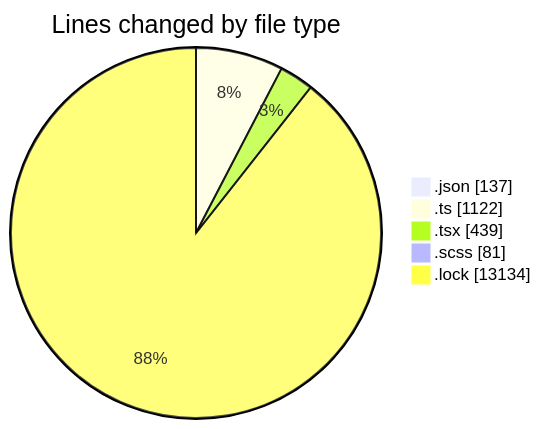
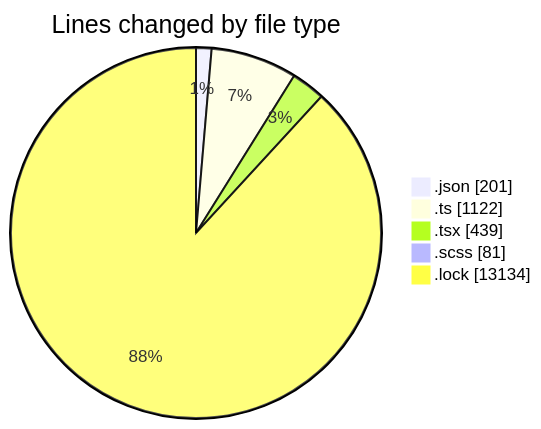
The first of 2 diagrams in 2025-05-09/cda/README.md (momahboobian/code-tracking), drawn with Mermaid before and after one commit. The commit also changed other lines of this file and 1 other file, not shown here.

Commit message:
Type: feat Scope: cda Brief summary: Added lines for package.json, updated summaryStats.ts with additional changes, and added a new file summaryStats.test.ts. Files changed: activity.json, README.md, package.json, summaryStats.ts, summaryStats.test.ts. Activity duration: X minutes.

````diff
--- a/2025-05-09/cda/README.md
+++ b/2025-05-09/cda/README.md
@@ -29,9 +29,9 @@
 ```mermaid
 pie showData
 title Lines changed by file type
-".json" : 137
+".json" : 201
 ".ts" : 1122
 ".tsx" : 439
 ".scss" : 81
 ".lock" : 13134
 ```
````
